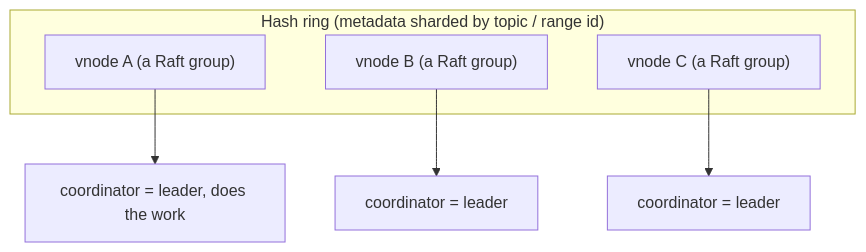
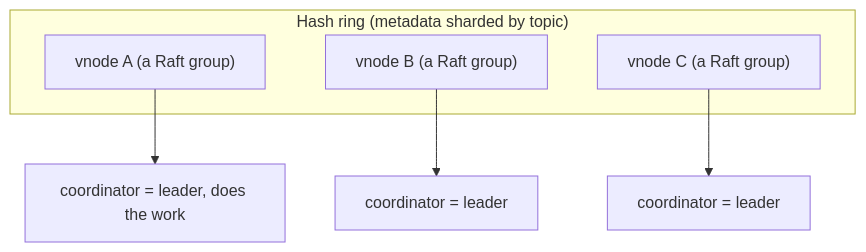
Before and after one commit to HectorIFC/malachi: the third of 5 diagrams in docs/ARCHITECTURE.md, drawn with Mermaid. The commit also changed other lines of this file and 19 other files, not shown here.

````diff
--- a/docs/ARCHITECTURE.md
+++ b/docs/ARCHITECTURE.md
@@ -97,11 +99,11 @@
 ```mermaid
 flowchart TB
-  subgraph ring["Hash ring (metadata sharded by topic / range id)"]
+  subgraph ring["Hash ring (metadata sharded by topic)"]
     V1["vnode A (a Raft group)"]
     V2["vnode B (a Raft group)"]
     V3["vnode C (a Raft group)"]
   end
   V1 --> L1["coordinator = leader, does the work"]
   V2 --> L2["coordinator = leader"]
   V3 --> L3["coordinator = leader"]
 ```
````
